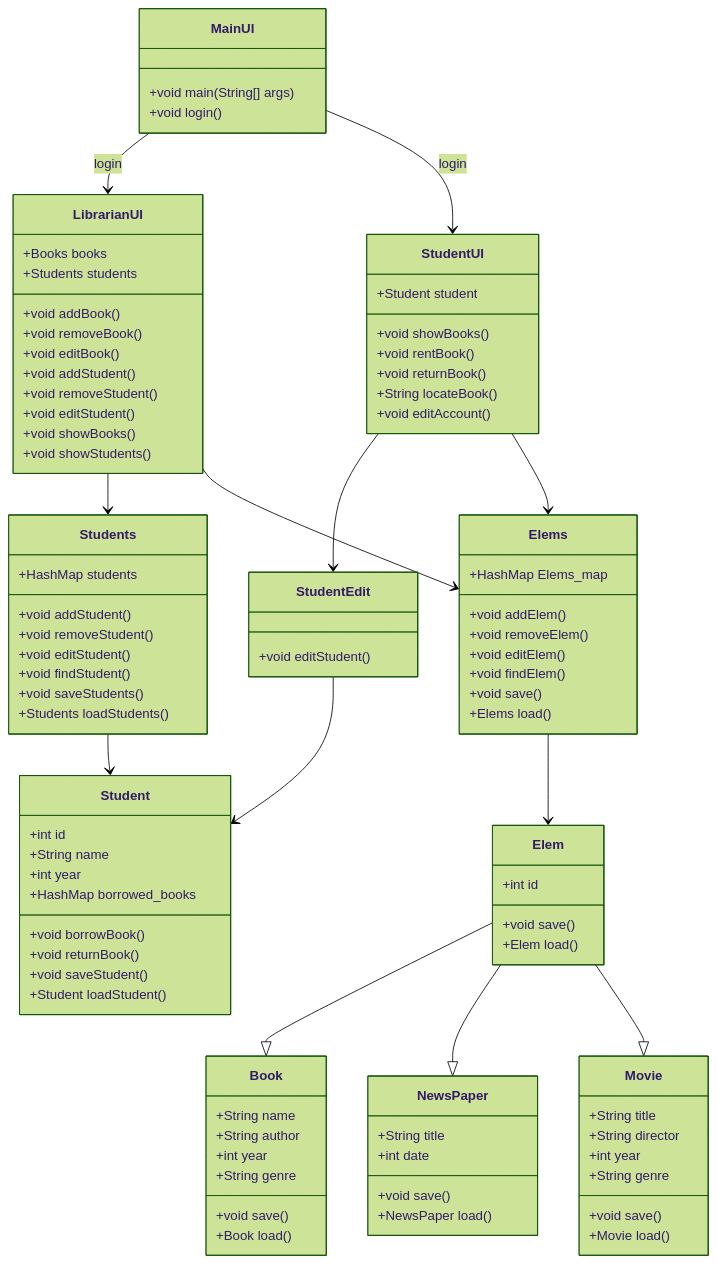
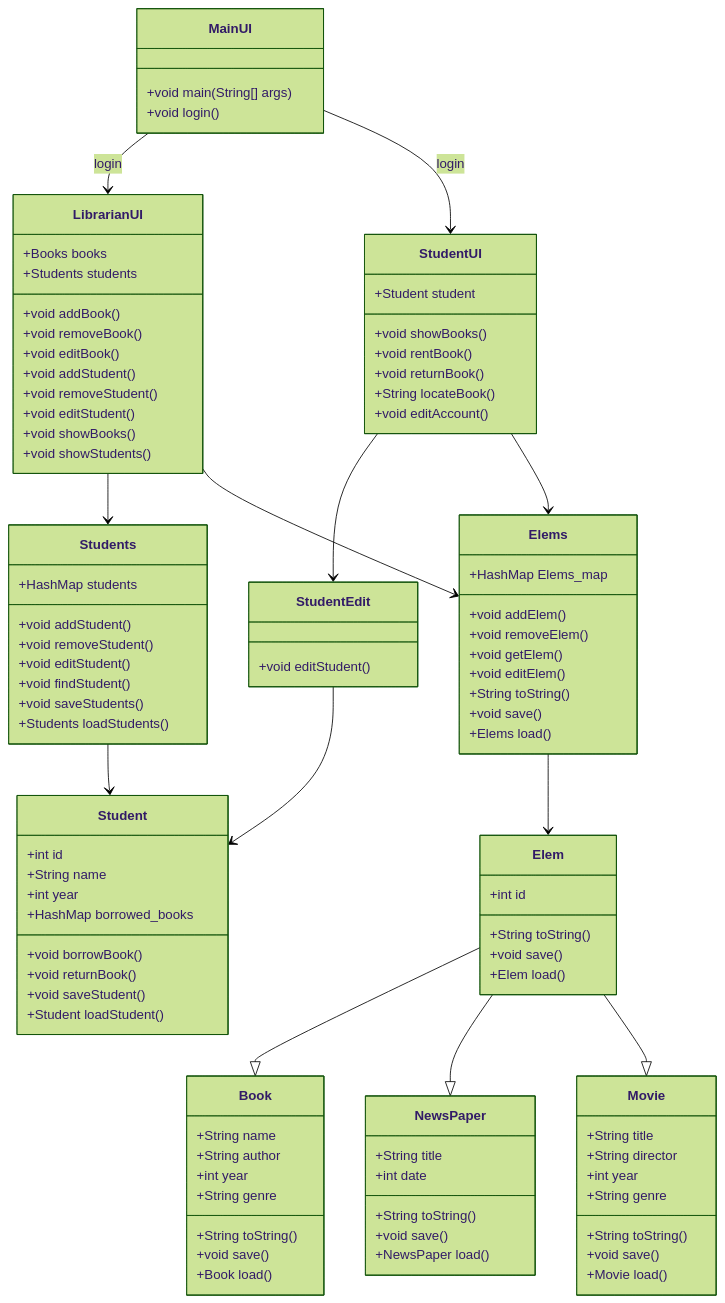
The diagram in README.md (PatrykFlama/LibrarySystem), drawn with Mermaid (forest theme) before and after one commit. The commit also changed 1 other file, not shown here.

```diff
--- a/README.md
+++ b/README.md
@@ -79,14 +79,17 @@
 
         +void addElem()
         +void removeElem()
+        +void getElem()
         +void editElem()
-        +void findElem()
+        +String toString()
 
         +void save()
         +Elems load()
     }
     class Elem{
         +int id
+
+        +String toString()
 
         +void save()
         +Elem load()
@@ -97,12 +100,16 @@
         +int year
         +String genre
 
+        +String toString()
+
         +void save()
         +Book load()
     }
     class NewsPaper{
         +String title
         +int date
+
+        +String toString()
 
         +void save()
         +NewsPaper load()
@@ -113,6 +120,8 @@
         +int year
         +String genre
 
+        +String toString()
+
         +void save()
         +Movie load()
     }
```
